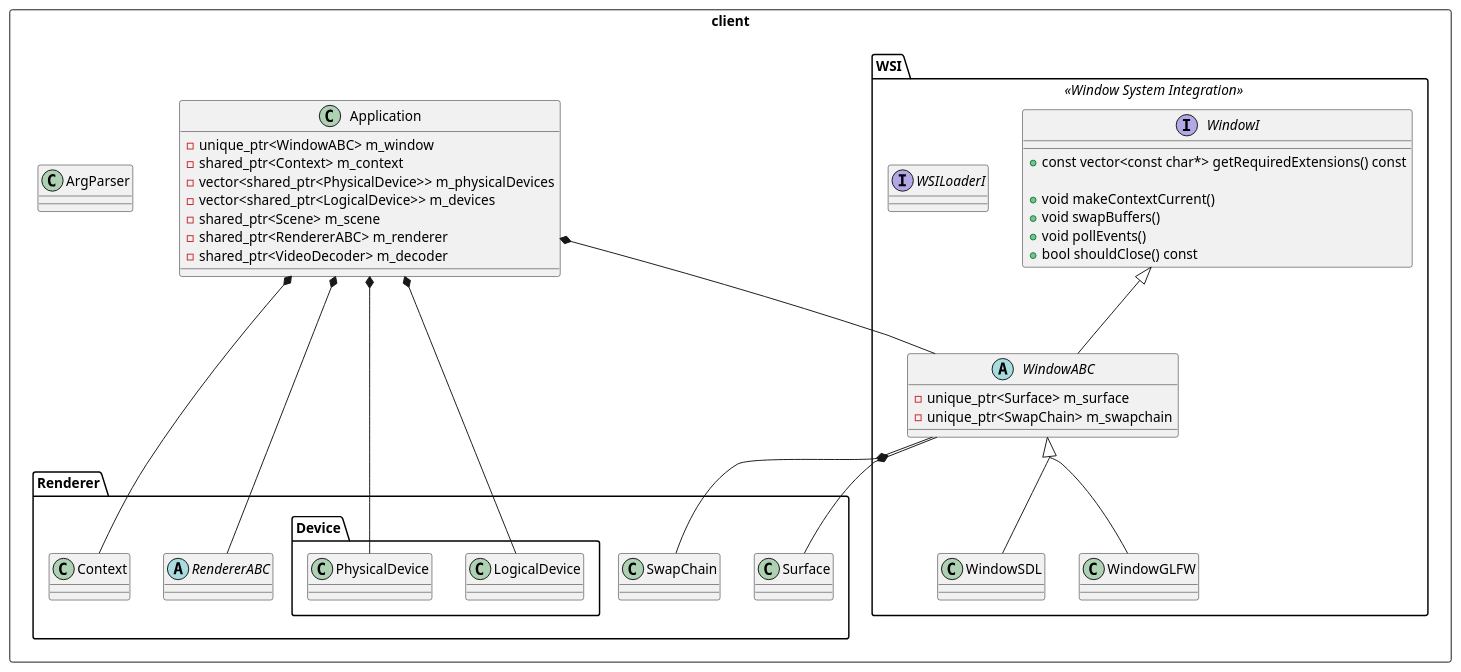
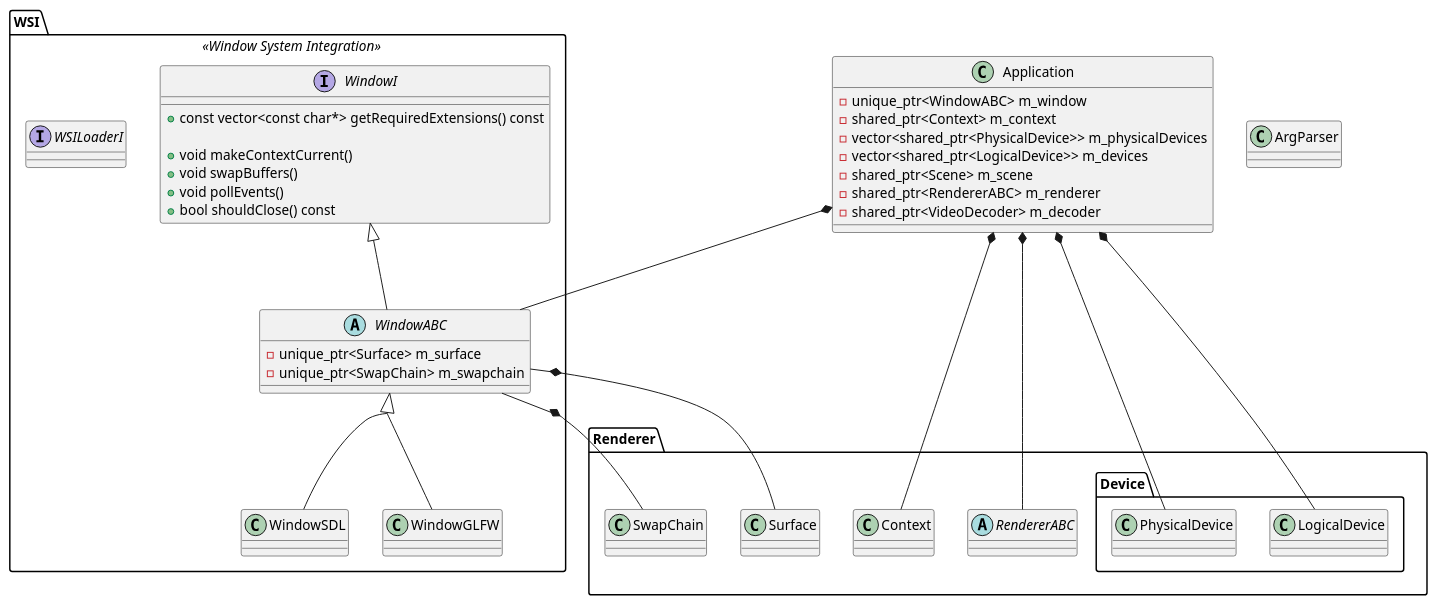
One commit to FulicaSystems/diagrams changed the diagram in client.puml. Above: the diagram before and after it, drawn with PlantUML.

```diff
--- a/client.puml
+++ b/client.puml
@@ -1,53 +1,50 @@
 @startuml Client
 skinparam groupInheritance 2
 
-package client << Rectangle >>
+package WSI << Window System Integration >>
 {
-    package WSI << Window System Integration >>
+    interface WindowI
     {
-        interface WindowI
-        {
-            + const vector<const char*> getRequiredExtensions() const
+        + const vector<const char*> getRequiredExtensions() const
 
-            + void makeContextCurrent()
-            + void swapBuffers()
-            + void pollEvents()
-            + bool shouldClose() const
-        }
-        abstract WindowABC
-        {
-            - unique_ptr<Surface> m_surface
-            - unique_ptr<SwapChain> m_swapchain
-        }
-        WindowI <|-- WindowABC
+        + void makeContextCurrent()
+        + void swapBuffers()
+        + void pollEvents()
+        + bool shouldClose() const
+    }
+    abstract WindowABC
+    {
+        - unique_ptr<Surface> m_surface
+        - unique_ptr<SwapChain> m_swapchain
+    }
+    WindowI <|-- WindowABC
 
-        class WindowSDL
-        WindowABC <|-- WindowSDL
-        class WindowGLFW
-        WindowABC <|-- WindowGLFW
+    class WindowSDL
+    WindowABC <|-- WindowSDL
+    class WindowGLFW
+    WindowABC <|-- WindowGLFW
 
-        interface WSILoaderI
-    }
-    WindowABC *-- Renderer.SwapChain
-    WindowABC *-- Renderer.Surface
+    interface WSILoaderI
+}
+WindowABC *-- Renderer.SwapChain
+WindowABC *-- Renderer.Surface
 
-    class Application
-    {
-        - unique_ptr<WindowABC> m_window
-        - shared_ptr<Context> m_context
-        - vector<shared_ptr<PhysicalDevice>> m_physicalDevices
-        - vector<shared_ptr<LogicalDevice>> m_devices
-        - shared_ptr<Scene> m_scene
-        - shared_ptr<RendererABC> m_renderer
-        - shared_ptr<VideoDecoder> m_decoder
-    }
-    Application *-- WindowABC
-    class ArgParser
-    Application *-- Renderer.Context
-    Application *-- Renderer.Device.PhysicalDevice
-    Application *-- Renderer.Device.LogicalDevice
-    abstract Renderer.RendererABC
-    Application *-- Renderer.RendererABC
+class Application
+{
+    - unique_ptr<WindowABC> m_window
+    - shared_ptr<Context> m_context
+    - vector<shared_ptr<PhysicalDevice>> m_physicalDevices
+    - vector<shared_ptr<LogicalDevice>> m_devices
+    - shared_ptr<Scene> m_scene
+    - shared_ptr<RendererABC> m_renderer
+    - shared_ptr<VideoDecoder> m_decoder
 }
+Application *-- WindowABC
+class ArgParser
+Application *-- Renderer.Context
+Application *-- Renderer.Device.PhysicalDevice
+Application *-- Renderer.Device.LogicalDevice
+abstract Renderer.RendererABC
+Application *-- Renderer.RendererABC
 
 @enduml
```
